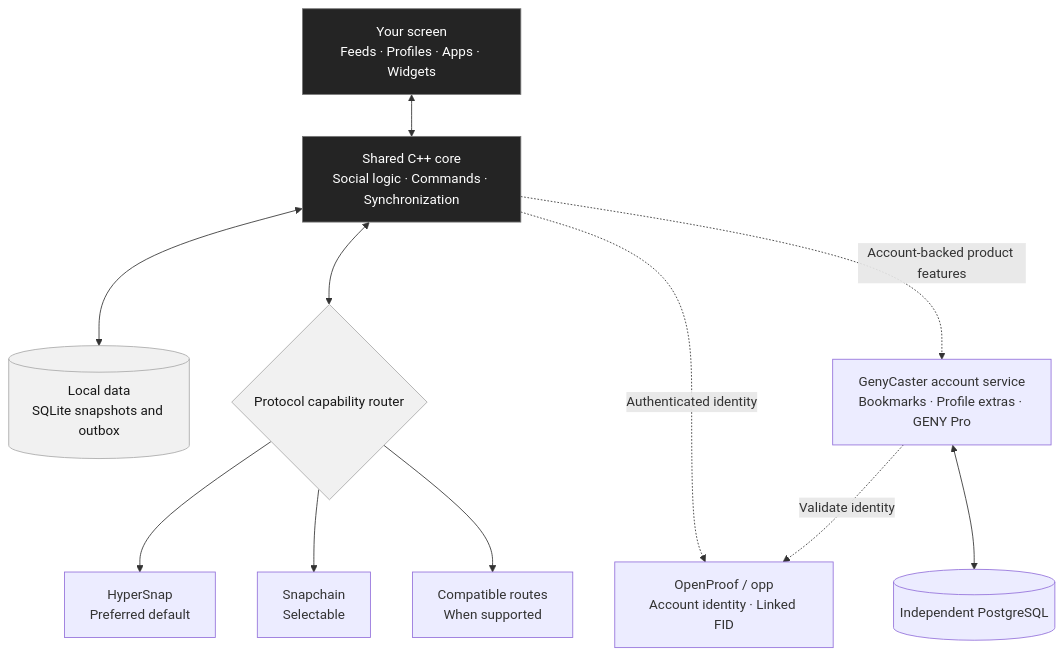
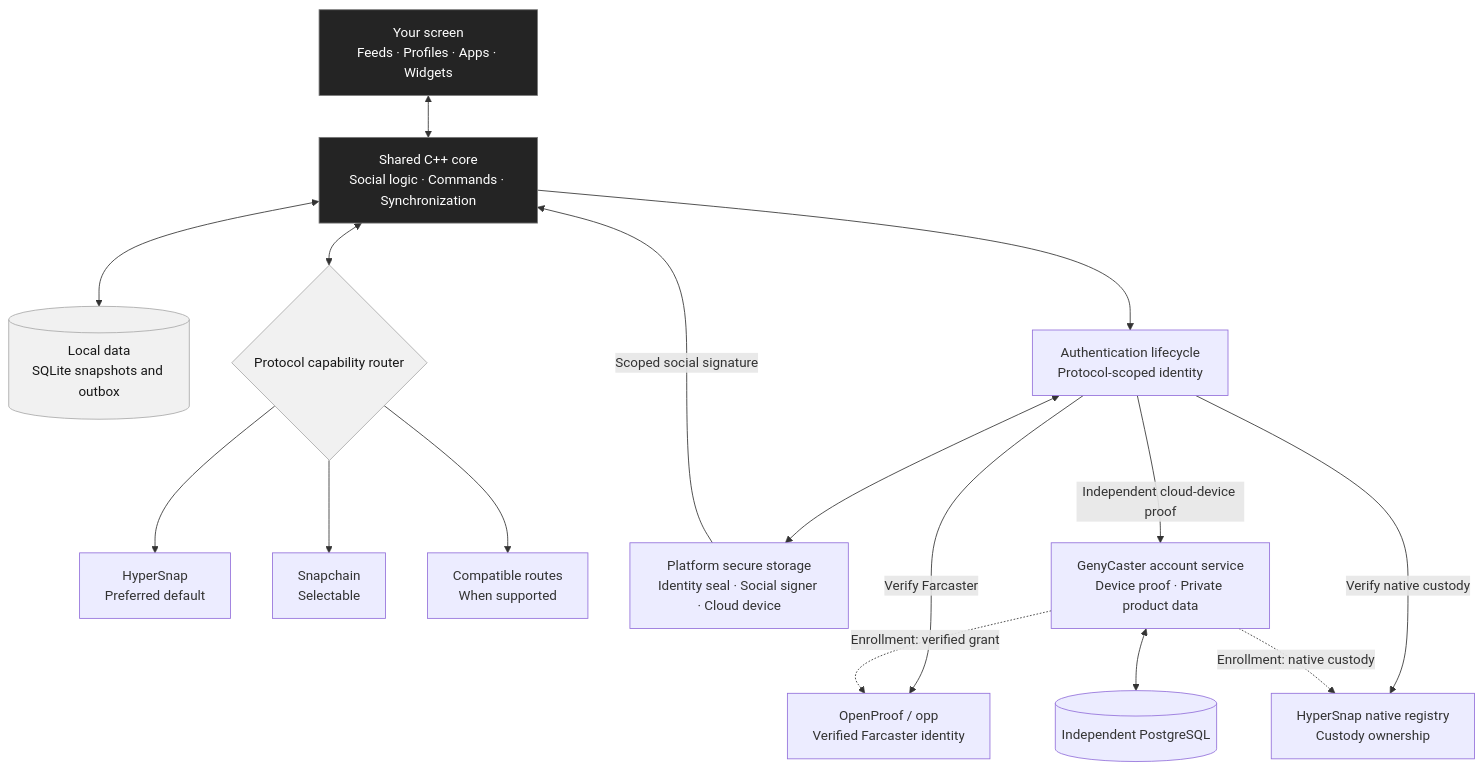
Before and after one commit to genyleap/genycaster: the diagram in README.md, drawn with Mermaid. The commit also changed other lines of this file and 15 other files, not shown here.

Commit message:
Document independent authentication authorities and security rollout [skip ci]

````diff
--- a/README.md
+++ b/README.md
@@ -39,29 +39,37 @@
 ```mermaid
 flowchart TB
     PEOPLE["Your screen<br/>Feeds · Profiles · Apps · Widgets"]
     CORE["Shared C++ core<br/>Social logic · Commands · Synchronization"]
     CACHE[("Local data<br/>SQLite snapshots and outbox")]
     ROUTER{"Protocol capability router"}
     HYPER["HyperSnap<br/>Preferred default"]
     SNAP["Snapchain<br/>Selectable"]
     OTHER["Compatible routes<br/>When supported"]
-    IDENTITY["OpenProof / opp<br/>Account identity · Linked FID"]
-    EXTRA["GenyCaster account service<br/>Bookmarks · Profile extras · GENY Pro"]
+    AUTH["Authentication lifecycle<br/>Protocol-scoped identity"]
+    IDENTITY["OpenProof / opp<br/>Verified Farcaster identity"]
+    NATIVE["HyperSnap native registry<br/>Custody ownership"]
+    VAULT["Platform secure storage<br/>Identity seal · Social signer · Cloud device"]
+    EXTRA["GenyCaster account service<br/>Device proof · Private product data"]
     ACCOUNTDB[("Independent PostgreSQL")]
 
     PEOPLE <--> CORE
     CORE <--> CACHE
     CORE <--> ROUTER
     ROUTER --> HYPER
     ROUTER --> SNAP
     ROUTER --> OTHER
-    CORE -. "Authenticated identity" .-> IDENTITY
-    CORE -. "Account-backed product features" .-> EXTRA
+    CORE --> AUTH
+    AUTH -->|"Verify Farcaster"| IDENTITY
+    AUTH -->|"Verify native custody"| NATIVE
+    AUTH <--> VAULT
+    VAULT -->|"Scoped social signature"| CORE
+    AUTH -->|"Independent cloud-device proof"| EXTRA
     EXTRA <--> ACCOUNTDB
-    EXTRA -. "Validate identity" .-> IDENTITY
+    EXTRA -. "Enrollment: verified grant" .-> IDENTITY
+    EXTRA -. "Enrollment: native custody" .-> NATIVE
 
     classDef main fill:#242424,color:#fff,stroke:#777;
     classDef neutral fill:#f1f1f1,color:#171717,stroke:#aaa;
     class PEOPLE,CORE main;
     class CACHE,ROUTER neutral;
 ```
````
